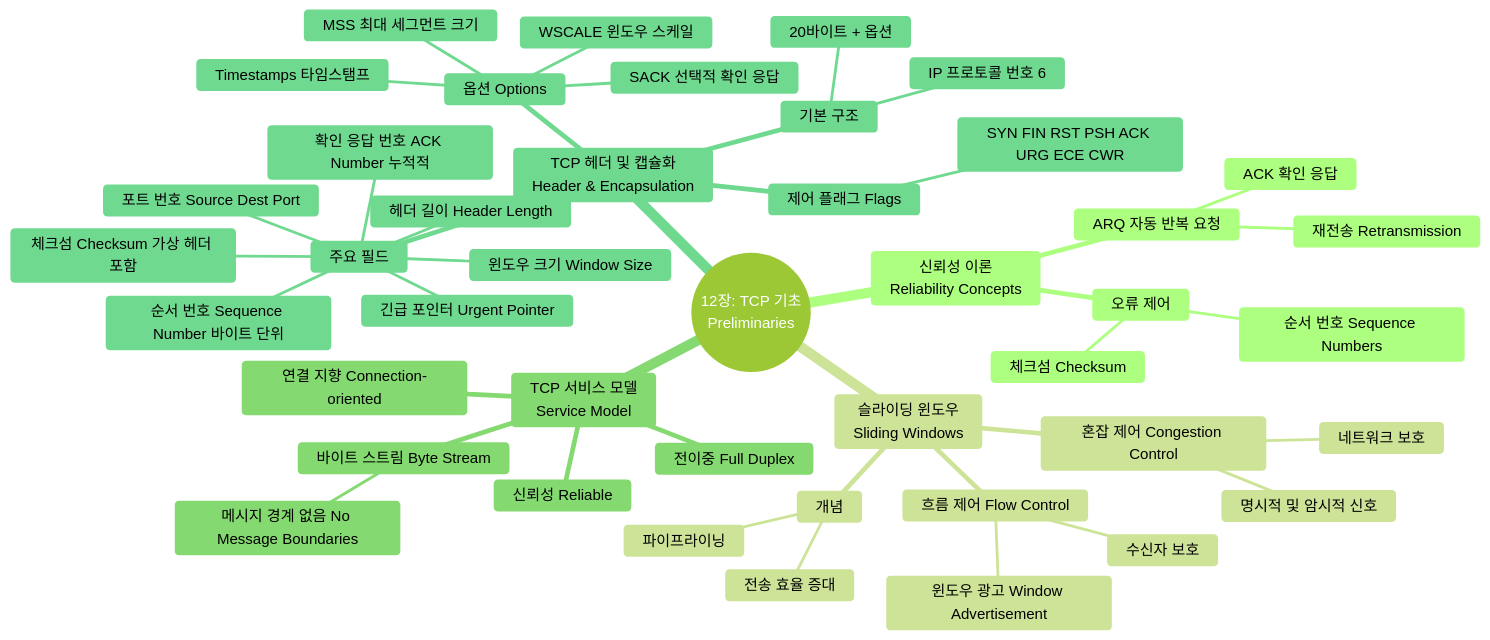
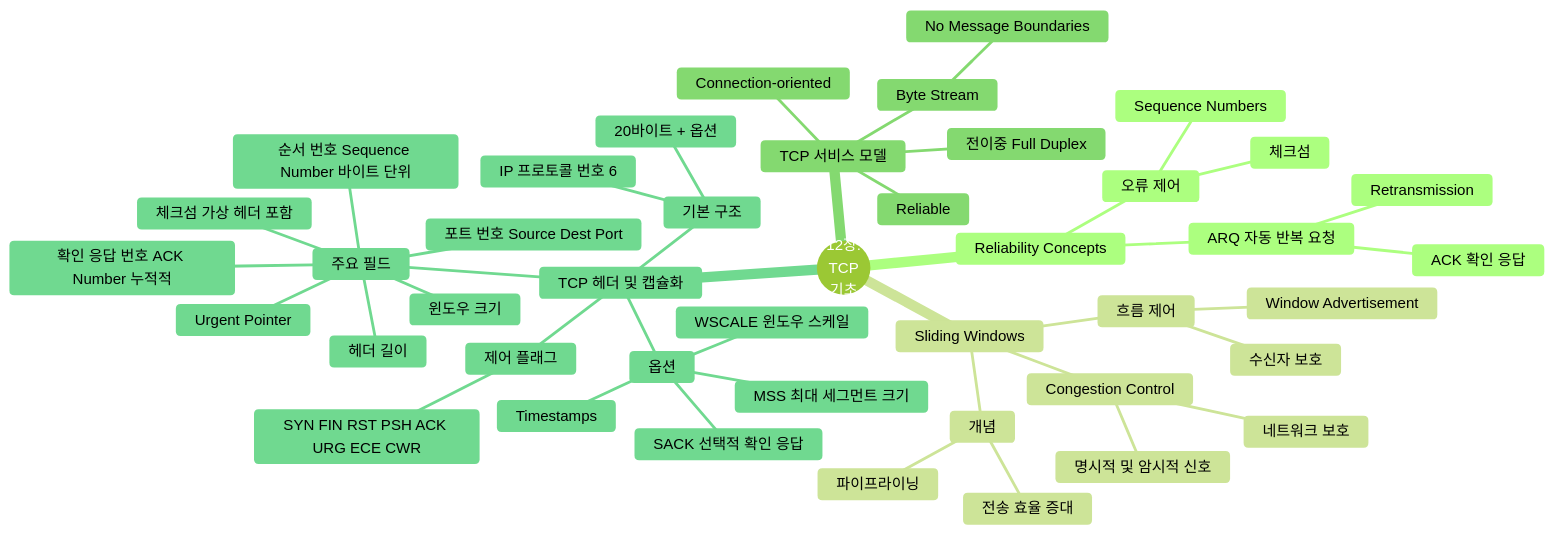
The diagram in 01_inbox/books/tcp_ip_illustrated_1/chapter12.md (youngmin-gwon/what-i-studied), drawn with Mermaid (forest theme) before and after one commit. The commit also changed other lines of this file and 6 other files, not shown here.

````diff
--- a/01_inbox/books/tcp_ip_illustrated_1/chapter12.md
+++ b/01_inbox/books/tcp_ip_illustrated_1/chapter12.md
@@ -13,46 +13,46 @@
 ```mermaid
 mindmap
-  root((12장: TCP 기초<br>Preliminaries))
-    신뢰성 이론<br>Reliability Concepts
+root((12장:<br>TCP<br>기초))
+    Reliability Concepts
       ARQ 자동 반복 요청
         ACK 확인 응답
-        재전송 Retransmission
+        Retransmission
       오류 제어
-        체크섬 Checksum
-        순서 번호 Sequence Numbers
-    슬라이딩 윈도우<br>Sliding Windows
+        체크섬
+        Sequence Numbers
+    Sliding Windows
       개념
         파이프라이닝
         전송 효율 증대
-      흐름 제어 Flow Control
+      흐름 제어
         수신자 보호
-        윈도우 광고 Window Advertisement
-      혼잡 제어 Congestion Control
+        Window Advertisement
+      Congestion Control
         네트워크 보호
         명시적 및 암시적 신호
-    TCP 서비스 모델<br>Service Model
-      연결 지향 Connection-oriented
-      신뢰성 Reliable
-      바이트 스트림 Byte Stream
-        메시지 경계 없음 No Message Boundaries
+    TCP 서비스 모델
+      Connection-oriented
+      Reliable
+      Byte Stream
+        No Message Boundaries
       전이중 Full Duplex
-    TCP 헤더 및 캡슐화<br>Header & Encapsulation
+    TCP 헤더 및 캡슐화
       기본 구조
         20바이트 + 옵션
         IP 프로토콜 번호 6
       주요 필드
         포트 번호 Source Dest Port
         순서 번호 Sequence Number 바이트 단위
         확인 응답 번호 ACK Number 누적적
-        헤더 길이 Header Length
-        윈도우 크기 Window Size
-        체크섬 Checksum 가상 헤더 포함
-        긴급 포인터 Urgent Pointer
-      제어 플래그 Flags
+        헤더 길이
+        윈도우 크기
+        체크섬 가상 헤더 포함
+        Urgent Pointer
+      제어 플래그
         SYN FIN RST PSH ACK URG ECE CWR
-      옵션 Options
+      옵션
         MSS 최대 세그먼트 크기
         WSCALE 윈도우 스케일
         SACK 선택적 확인 응답
-        Timestamps 타임스탬프
+        Timestamps
 ```
````
